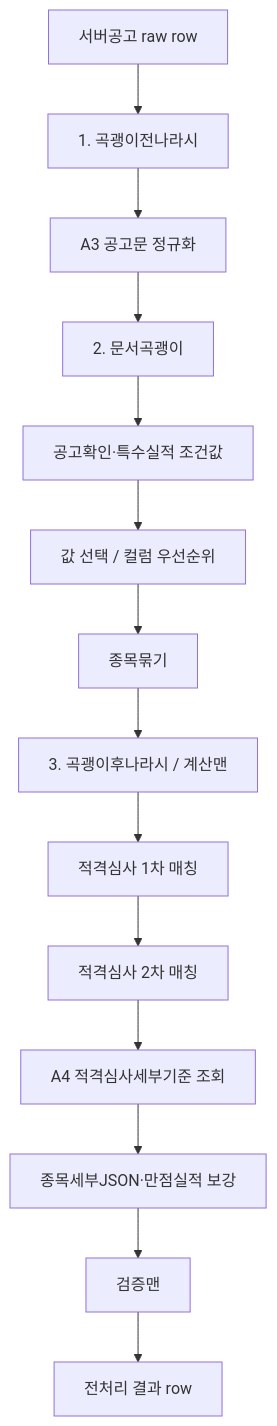
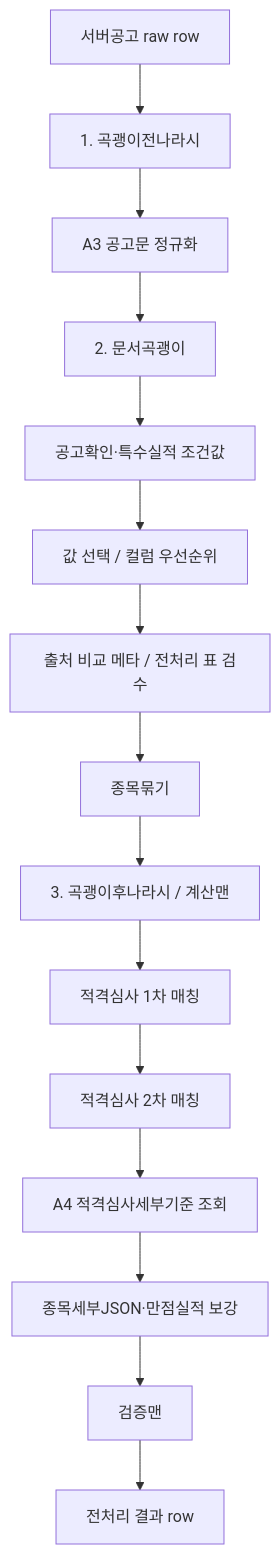
The diagram in docs/02_작업흐름.md (soonong/lastgonggo), drawn with Mermaid before and after one commit. The commit also changed other lines of this file and 9 other files, not shown here.

````diff
--- a/docs/02_작업흐름.md
+++ b/docs/02_작업흐름.md
@@ -45,16 +45,17 @@
 ```mermaid
 flowchart TD
   A["서버공고 raw row"] --> B["1. 곡괭이전나라시"]
   B --> C["A3 공고문 정규화"]
   C --> D["2. 문서곡괭이"]
   D --> E["공고확인·특수실적 조건값"]
   E --> F["값 선택 / 컬럼 우선순위"]
-  F --> G["종목묶기"]
+  F --> F2["출처 비교 메타 / 전처리 표 검수"]
+  F2 --> G["종목묶기"]
   G --> H["3. 곡괭이후나라시 / 계산맨"]
   H --> I["적격심사 1차 매칭"]
   I --> J["적격심사 2차 매칭"]
   J --> K["A4 적격심사세부기준 조회"]
   K --> L["종목세부JSON·만점실적 보강"]
   L --> M["검증맨"]
   M --> N["전처리 결과 row"]
 ```
````
